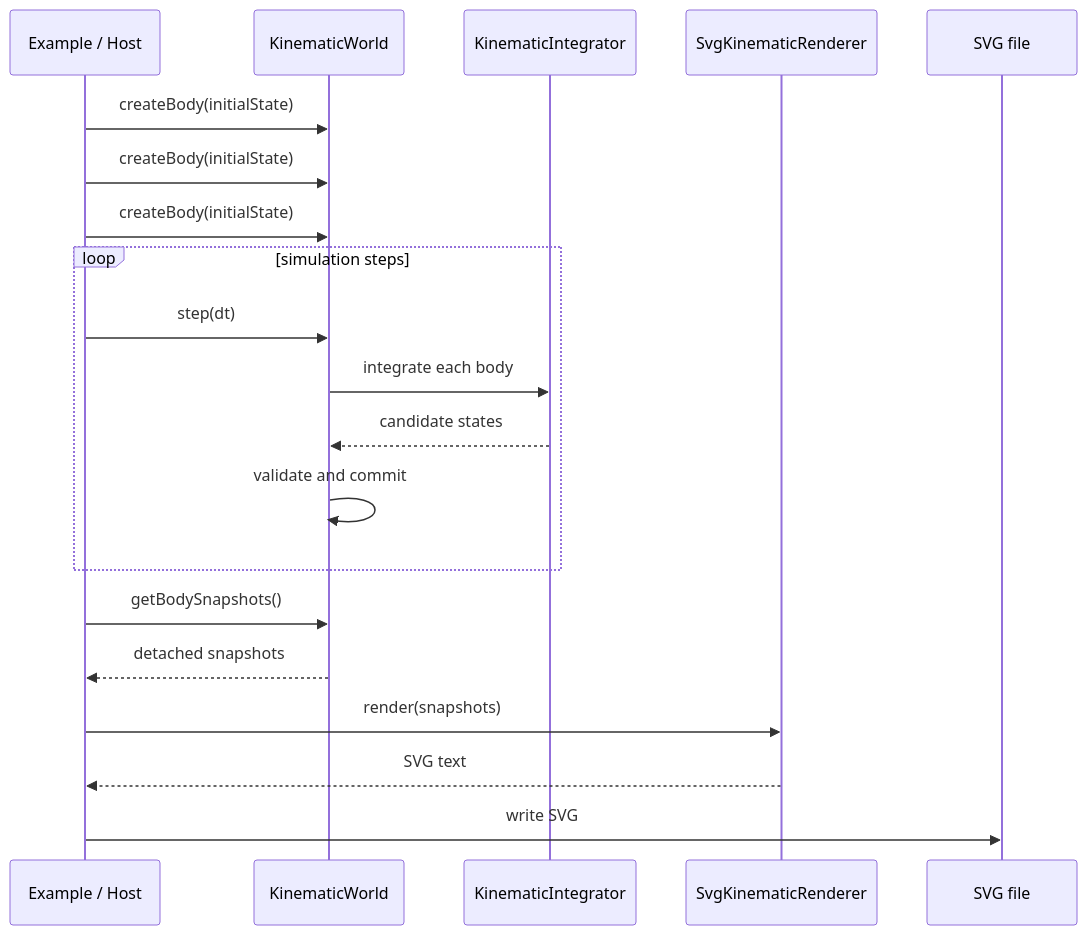
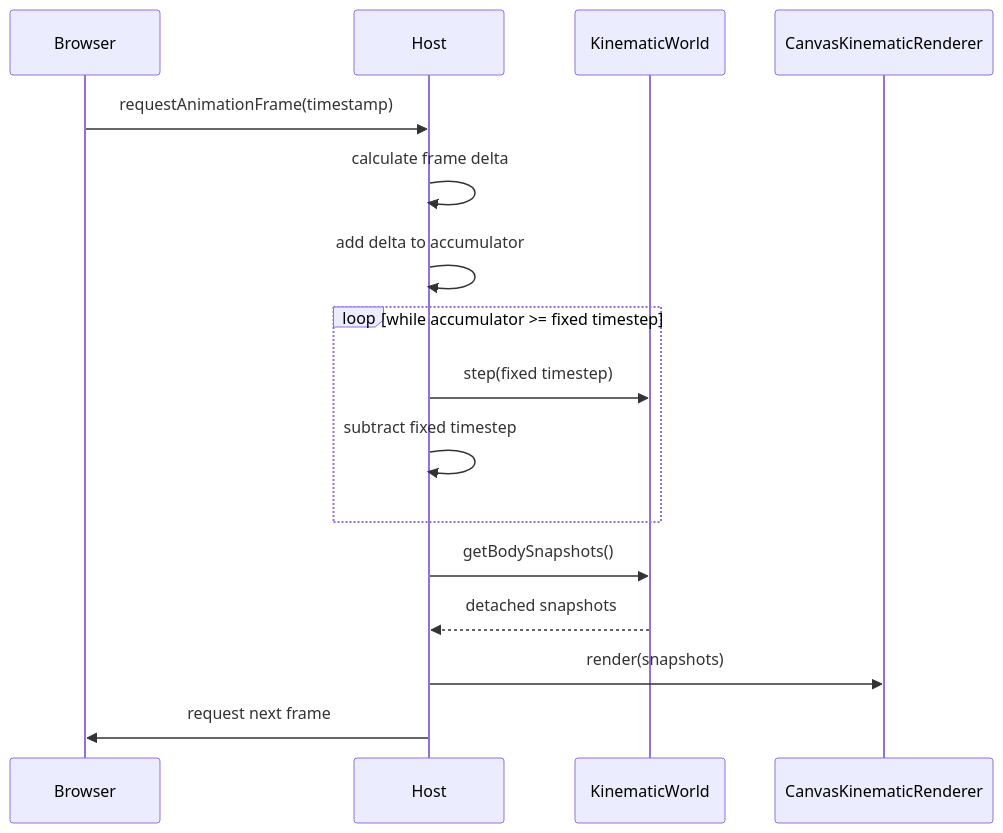
Before and after one commit to fa-ribeiro/vLab2D: diagram 15 of 17 in docs/architecture/README.md, drawn with Mermaid. The commit also changed other lines of this file and 7 other files, not shown here.

Commit message:
feat(runtime): add fixed timestep canvas loop

````diff
--- a/docs/architecture/README.md
+++ b/docs/architecture/README.md
@@ -692,27 +684,21 @@
 ```mermaid
 sequenceDiagram
-    participant Host as Example / Host
+    participant Browser
+    participant Host
     participant World as KinematicWorld
-    participant Integrator as KinematicIntegrator
-    participant Renderer as SvgKinematicRenderer
-    participant Output as SVG file
+    participant Renderer as CanvasKinematicRenderer
 
-    Host->>World: createBody(initialState)
-    Host->>World: createBody(initialState)
-    Host->>World: createBody(initialState)
+    Browser->>Host: requestAnimationFrame(timestamp)
+    Host->>Host: calculate frame delta
+    Host->>Host: add delta to accumulator
 
-    loop simulation steps
-        Host->>World: step(dt)
-        World->>Integrator: integrate each body
-        Integrator-->>World: candidate states
-        World->>World: validate and commit
+    loop while accumulator >= fixed timestep
+        Host->>World: step(fixed timestep)
+        Host->>Host: subtract fixed timestep
     end
 
     Host->>World: getBodySnapshots()
     World-->>Host: detached snapshots
-
     Host->>Renderer: render(snapshots)
-    Renderer-->>Host: SVG text
-
-    Host->>Output: write SVG
+    Host->>Browser: request next frame
 ```
````
